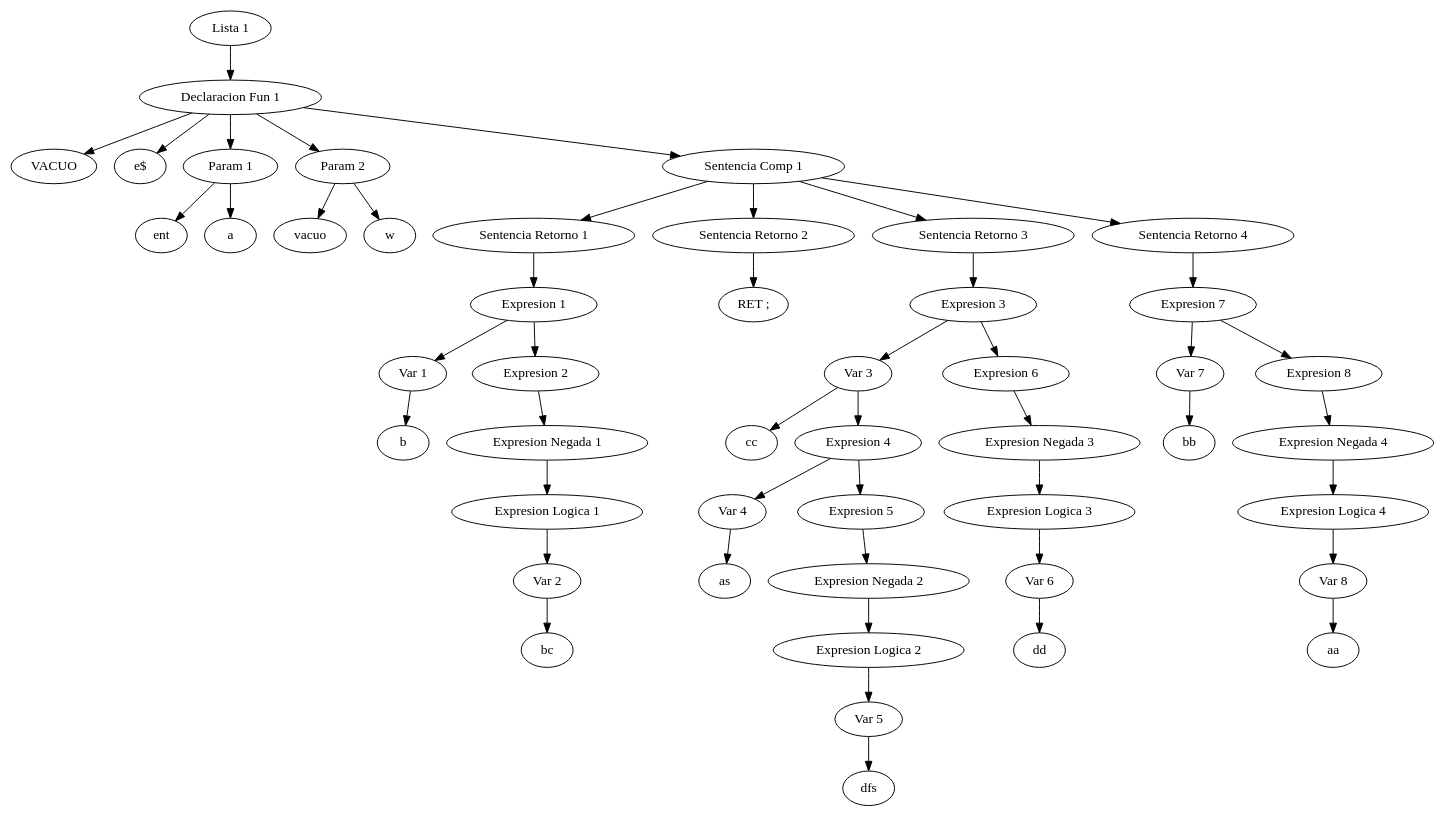
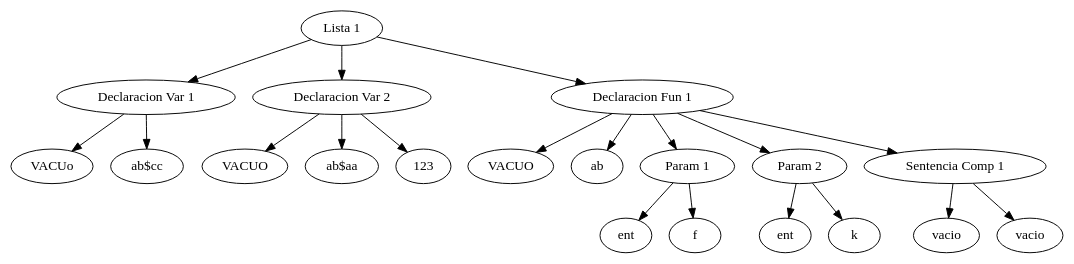
The diagram in tree.dot (lancal/TallerCompiladores2018), drawn with Graphviz before and after one commit. The commit also changed 10 other files, not shown here.

```diff
--- a/tree.dot
+++ b/tree.dot
@@ -1,64 +1,34 @@
 digraph G {
+	"Lista 1" -> "Declaracion Var 1"
+	1 [label="VACUo"]
+	"Declaracion Var 1" -> 1
+	2 [label="ab$cc"]
+	"Declaracion Var 1" -> 2
+	"Lista 1" -> "Declaracion Var 2"
+	3 [label="VACUO"]
+	"Declaracion Var 2" -> 3
+	4 [label="ab$aa"]
+	"Declaracion Var 2" -> 4
+	5 [label="123"]
+	"Declaracion Var 2" -> 5
 	"Lista 1" -> "Declaracion Fun 1"
-	1 [label="VACUO"]
-	"Declaracion Fun 1" -> 1
-	2 [label="e$"]
-	"Declaracion Fun 1" -> 2
+	6 [label="VACUO"]
+	"Declaracion Fun 1" -> 6
+	7 [label="ab"]
+	"Declaracion Fun 1" -> 7
 	"Declaracion Fun 1" -> "Param 1"
-	3 [label="ent"]
-	"Param 1" -> 3
-	4 [label="a"]
-	"Param 1" -> 4
+	8 [label="ent"]
+	"Param 1" -> 8
+	9 [label="f"]
+	"Param 1" -> 9
 	"Declaracion Fun 1" -> "Param 2"
-	5 [label="vacuo"]
-	"Param 2" -> 5
-	6 [label="w"]
-	"Param 2" -> 6
+	10 [label="ent"]
+	"Param 2" -> 10
+	11 [label="k"]
+	"Param 2" -> 11
 	"Declaracion Fun 1" -> "Sentencia Comp 1"
-	"Sentencia Comp 1" -> "Sentencia Retorno 1"
-	"Sentencia Retorno 1" -> "Expresion 1"
-	"Expresion 1" -> "Var 1"
-	7 [label="b"]
-	"Var 1" -> 7
-	"Expresion 1" -> "Expresion 2"
-	"Expresion 2" -> "Expresion Negada 1"
-	"Expresion Negada 1" -> "Expresion Logica 1"
-	"Expresion Logica 1" -> "Var 2"
-	8 [label="bc"]
-	"Var 2" -> 8
-	"Sentencia Comp 1" -> "Sentencia Retorno 2"
-	9 [label="RET ;"]
-	"Sentencia Retorno 2" -> 9
-	"Sentencia Comp 1" -> "Sentencia Retorno 3"
-	"Sentencia Retorno 3" -> "Expresion 3"
-	"Expresion 3" -> "Var 3"
-	10 [label="cc"]
-	"Var 3" -> 10
-	"Var 3" -> "Expresion 4"
-	"Expresion 4" -> "Var 4"
-	11 [label="as"]
-	"Var 4" -> 11
-	"Expresion 4" -> "Expresion 5"
-	"Expresion 5" -> "Expresion Negada 2"
-	"Expresion Negada 2" -> "Expresion Logica 2"
-	"Expresion Logica 2" -> "Var 5"
-	12 [label="dfs"]
-	"Var 5" -> 12
-	"Expresion 3" -> "Expresion 6"
-	"Expresion 6" -> "Expresion Negada 3"
-	"Expresion Negada 3" -> "Expresion Logica 3"
-	"Expresion Logica 3" -> "Var 6"
-	13 [label="dd"]
-	"Var 6" -> 13
-	"Sentencia Comp 1" -> "Sentencia Retorno 4"
-	"Sentencia Retorno 4" -> "Expresion 7"
-	"Expresion 7" -> "Var 7"
-	14 [label="bb"]
-	"Var 7" -> 14
-	"Expresion 7" -> "Expresion 8"
-	"Expresion 8" -> "Expresion Negada 4"
-	"Expresion Negada 4" -> "Expresion Logica 4"
-	"Expresion Logica 4" -> "Var 8"
-	15 [label="aa"]
-	"Var 8" -> 15
+	12 [label="vacio"]
+	"Sentencia Comp 1" -> 12
+	13 [label="vacio"]
+	"Sentencia Comp 1" -> 13
 }
```
